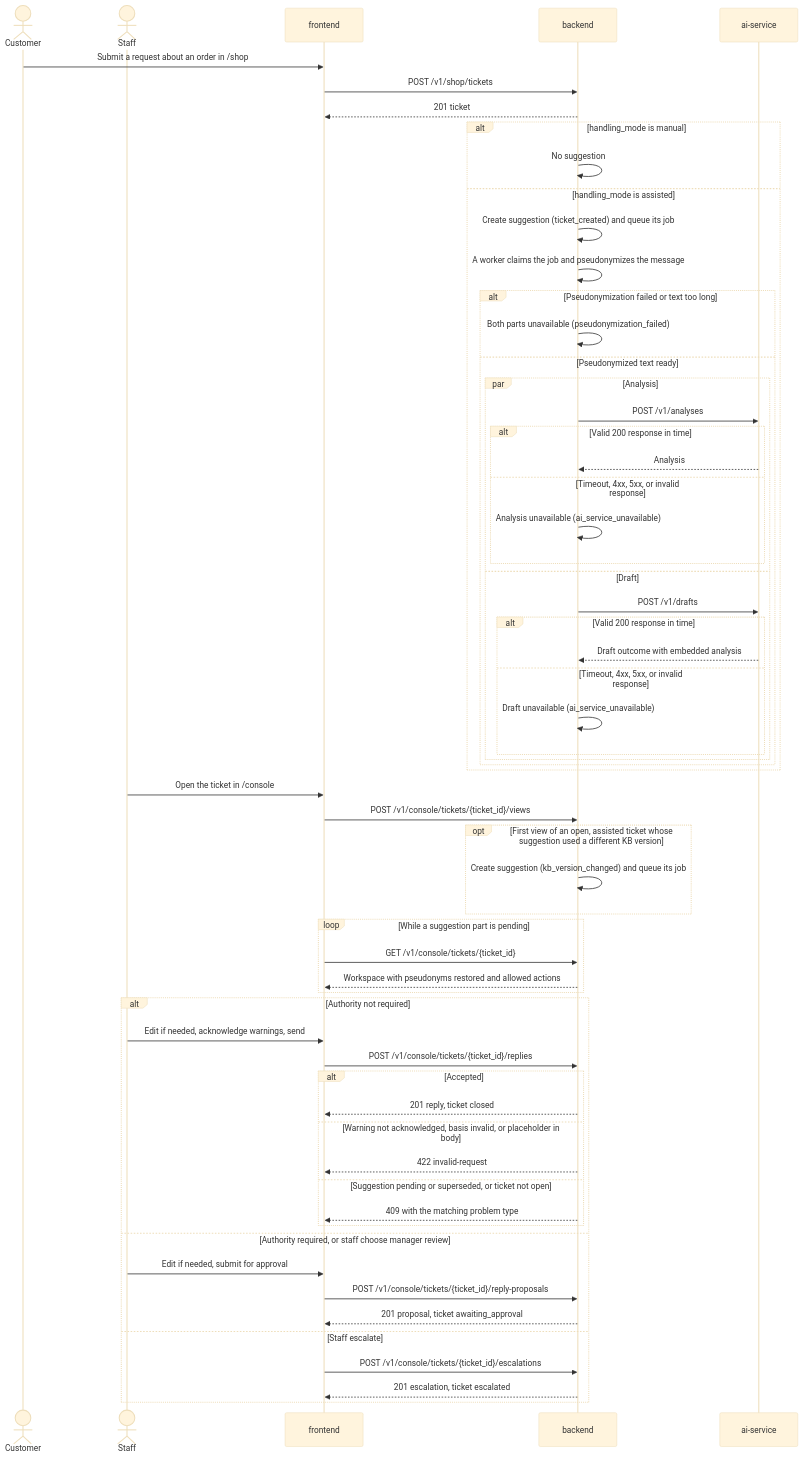
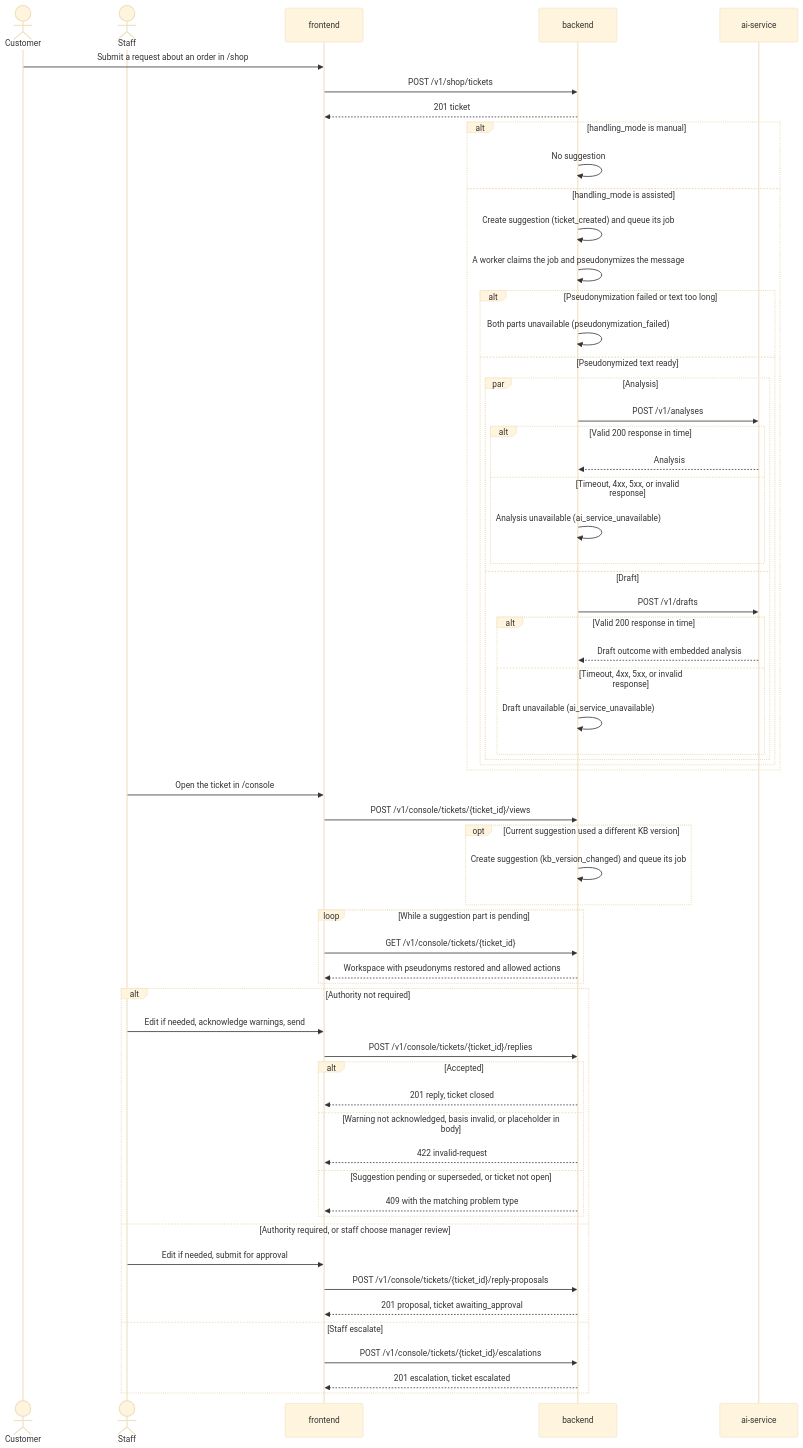
The second of 5 diagrams in docs/design/contracts-v1.md (ml-system-design-nhom-5/SupportIQ), drawn with Mermaid (base theme) before and after one commit. The commit also changed other lines of this file and 1898 other files, not shown here.

````diff
--- a/docs/design/contracts-v1.md
+++ b/docs/design/contracts-v1.md
@@ -206,64 +199,64 @@
 ```mermaid
 sequenceDiagram
     actor Customer
     actor Staff
     participant FE as frontend
     participant BE as backend
     participant AI as ai-service
 
     Customer->>FE: Submit a request about an order in /shop
     FE->>BE: POST /v1/shop/tickets
     BE-->>FE: 201 ticket
     alt handling_mode is manual
         BE->>BE: No suggestion
     else handling_mode is assisted
         BE->>BE: Create suggestion (ticket_created) and queue its job
         BE->>BE: A worker claims the job and pseudonymizes the message
         alt Pseudonymization failed or text too long
             BE->>BE: Both parts unavailable (pseudonymization_failed)
         else Pseudonymized text ready
             par Analysis
                 BE->>AI: POST /v1/analyses
                 alt Valid 200 response in time
                     AI-->>BE: Analysis
                 else Timeout, 4xx, 5xx, or invalid response
                     BE->>BE: Analysis unavailable (ai_service_unavailable)
                 end
             and Draft
                 BE->>AI: POST /v1/drafts
                 alt Valid 200 response in time
                     AI-->>BE: Draft outcome with embedded analysis
                 else Timeout, 4xx, 5xx, or invalid response
                     BE->>BE: Draft unavailable (ai_service_unavailable)
                 end
             end
         end
     end
     Staff->>FE: Open the ticket in /console
     FE->>BE: POST /v1/console/tickets/{ticket_id}/views
-    opt First view of an open, assisted ticket whose suggestion used a different KB version
+    opt Current suggestion used a different KB version
         BE->>BE: Create suggestion (kb_version_changed) and queue its job
     end
     loop While a suggestion part is pending
         FE->>BE: GET /v1/console/tickets/{ticket_id}
         BE-->>FE: Workspace with pseudonyms restored and allowed actions
     end
     alt Authority not required
         Staff->>FE: Edit if needed, acknowledge warnings, send
         FE->>BE: POST /v1/console/tickets/{ticket_id}/replies
         alt Accepted
             BE-->>FE: 201 reply, ticket closed
         else Warning not acknowledged, basis invalid, or placeholder in body
             BE-->>FE: 422 invalid-request
         else Suggestion pending or superseded, or ticket not open
             BE-->>FE: 409 with the matching problem type
         end
     else Authority required, or staff choose manager review
         Staff->>FE: Edit if needed, submit for approval
         FE->>BE: POST /v1/console/tickets/{ticket_id}/reply-proposals
         BE-->>FE: 201 proposal, ticket awaiting_approval
     else Staff escalate
         FE->>BE: POST /v1/console/tickets/{ticket_id}/escalations
         BE-->>FE: 201 escalation, ticket escalated
     end
 ```
````
